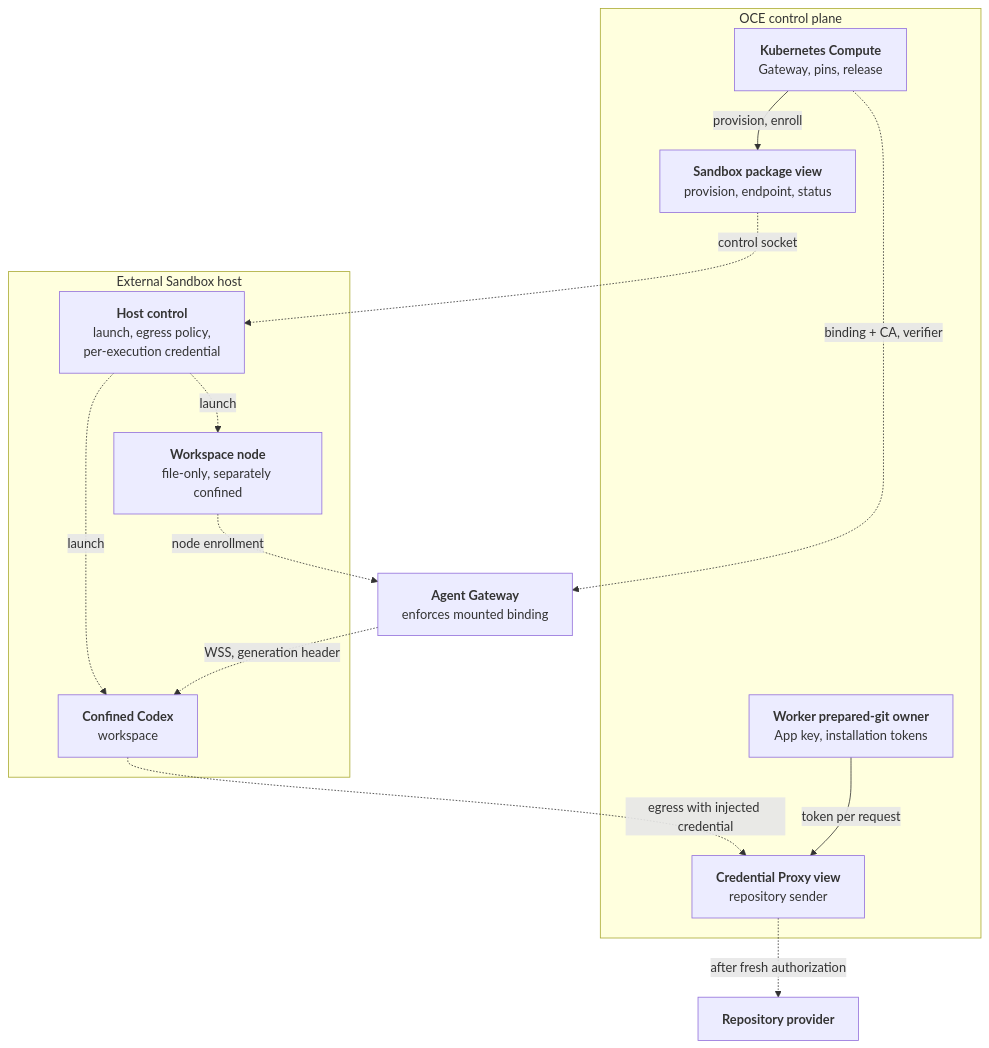
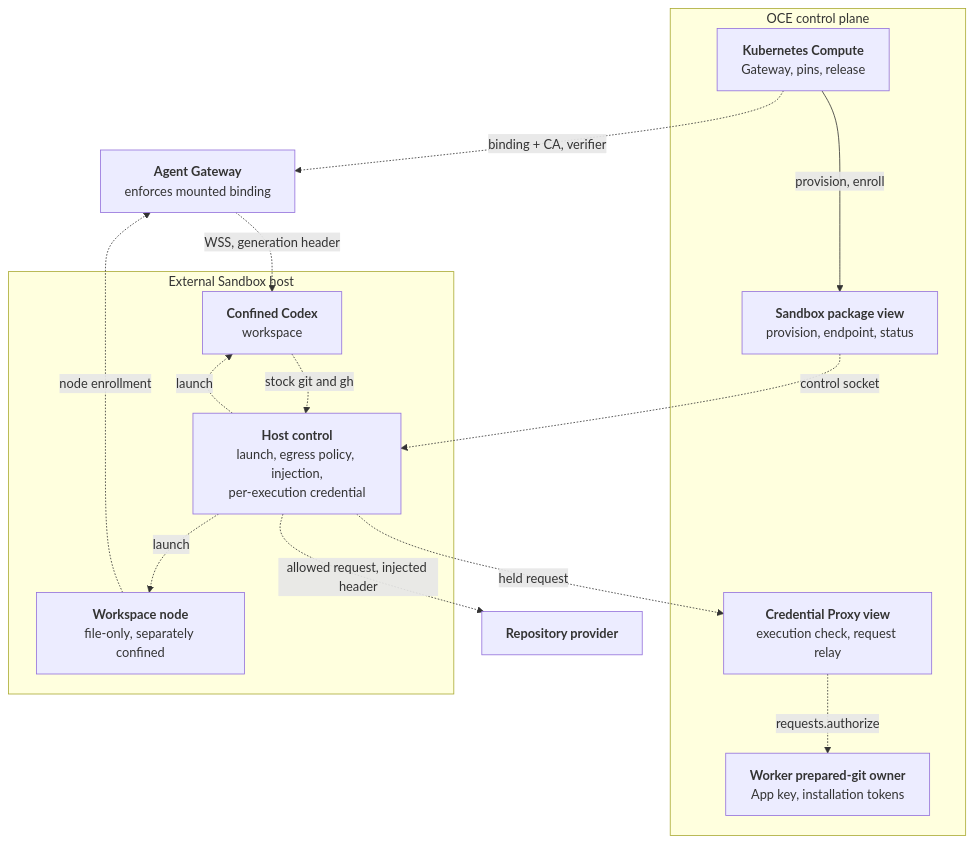
One commit to openclaw/openclaw-enterprise changed the first of 2 diagrams in specs/rfcs/0040-external-sandbox-driver.md. Above: the diagram before and after it, drawn with Mermaid. The commit also changed other lines of this file, not shown here.

First line of the commit message:
docs(rfc): the sandbox host injects; oce's github request decision in the contract surface

````diff
--- a/specs/rfcs/0040-external-sandbox-driver.md
+++ b/specs/rfcs/0040-external-sandbox-driver.md
@@ -149,26 +159,27 @@
 ```mermaid
 flowchart TB
   subgraph CP["OCE control plane"]
     C["<b>Kubernetes Compute</b><br/>Gateway, pins, release"]
     T["<b>Worker prepared-git owner</b><br/>App key, installation tokens"]
     S["<b>Sandbox package view</b><br/>provision, endpoint, status"]
-    P["<b>Credential Proxy view</b><br/>repository sender"]
+    P["<b>Credential Proxy view</b><br/>execution check, request relay"]
   end
   G["<b>Agent Gateway</b><br/>enforces mounted binding"]
   subgraph H["External Sandbox host"]
-    K["<b>Host control</b><br/>launch, egress policy,<br/>per-execution credential"]
+    K["<b>Host control</b><br/>launch, egress policy, injection,<br/>per-execution credential"]
     W["<b>Confined Codex</b><br/>workspace"]
     N["<b>Workspace node</b><br/>file-only, separately confined"]
   end
   R["<b>Repository provider</b>"]
   C -.->|binding + CA, verifier| G
   C -->|provision, enroll| S
   S -.->|control socket| K
   K -.->|launch| W
   K -.->|launch| N
   G -.->|WSS, generation header| W
   N -.->|node enrollment| G
-  W -.->|egress with injected credential| P
-  T -->|token per request| P
-  P -.->|after fresh authorization| R
+  W -.->|stock git and gh| K
+  K -.->|held request| P
+  P -.->|requests.authorize| T
+  K -.->|allowed request, injected header| R
 ```
````
